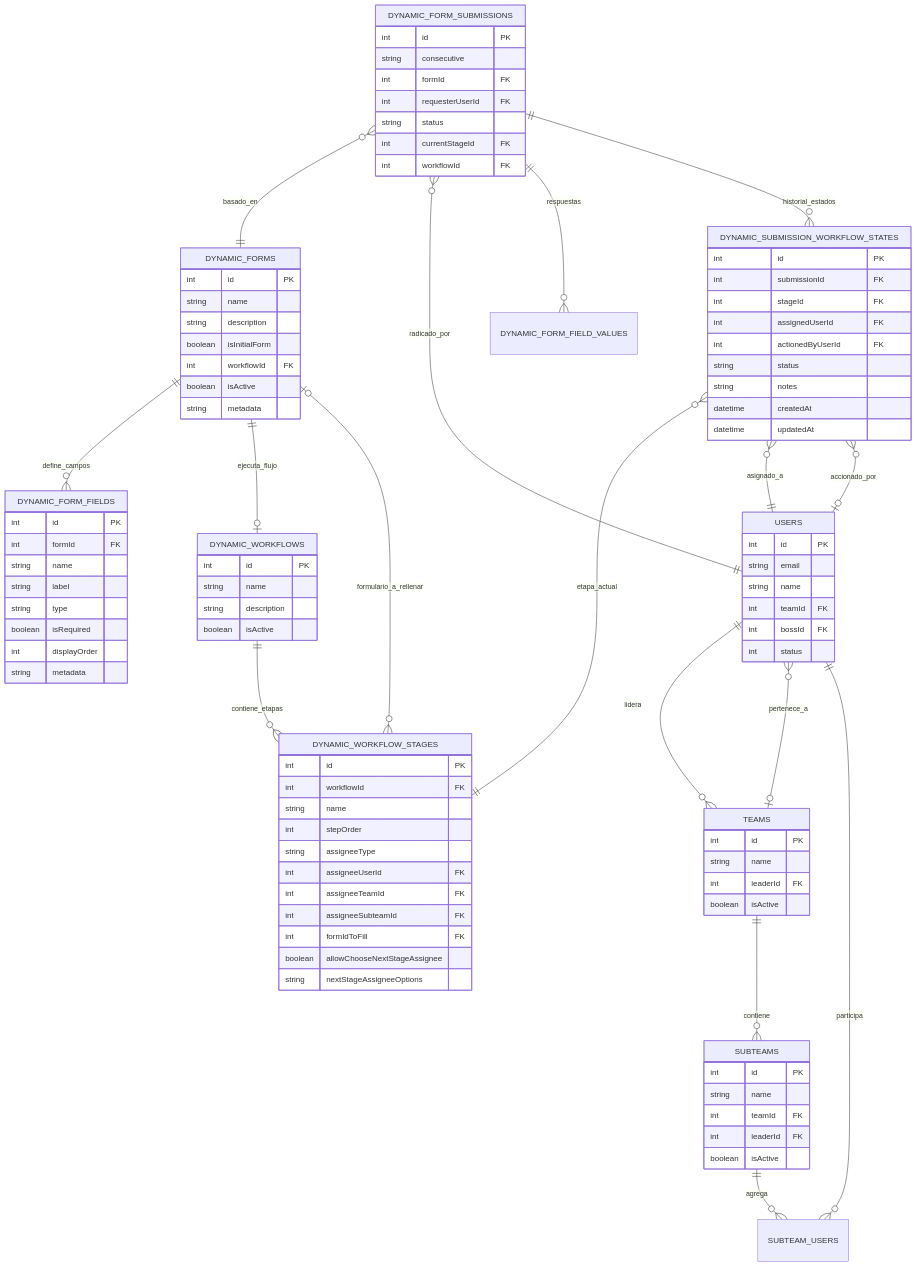
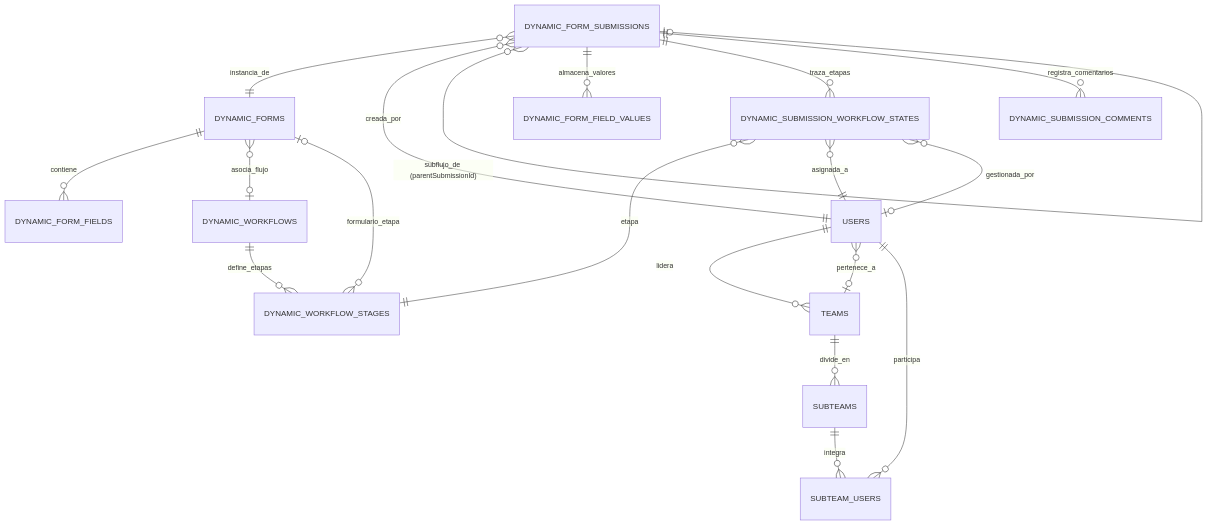
The second of 5 diagrams in README.md (RDiaZ-2025/front-conciliaciones), drawn with Mermaid before and after one commit. The commit also changed other lines of this file, not shown here.

````diff
--- a/README.md
+++ b/README.md
@@ -259,110 +520,23 @@
 erDiagram
     USERS ||--o{ TEAMS : "lidera"
     USERS }o--o| TEAMS : "pertenece_a"
-    TEAMS ||--o{ SUBTEAMS : "contiene"
-    SUBTEAMS ||--o{ SUBTEAM_USERS : "agrega"
+    TEAMS ||--o{ SUBTEAMS : "divide_en"
+    SUBTEAMS ||--o{ SUBTEAM_USERS : "integra"
     USERS ||--o{ SUBTEAM_USERS : "participa"
 
-    DYNAMIC_FORMS ||--o{ DYNAMIC_FORM_FIELDS : "define_campos"
-    DYNAMIC_FORMS ||--o| DYNAMIC_WORKFLOWS : "ejecuta_flujo"
-    
-    DYNAMIC_WORKFLOWS ||--o{ DYNAMIC_WORKFLOW_STAGES : "contiene_etapas"
-    DYNAMIC_WORKFLOW_STAGES }o--o| DYNAMIC_FORMS : "formulario_a_rellenar"
+    DYNAMIC_FORMS ||--o{ DYNAMIC_FORM_FIELDS : "contiene"
+    DYNAMIC_FORMS }o--o| DYNAMIC_WORKFLOWS : "asocia_flujo"
+    DYNAMIC_WORKFLOWS ||--o{ DYNAMIC_WORKFLOW_STAGES : "define_etapas"
+    DYNAMIC_WORKFLOW_STAGES }o--o| DYNAMIC_FORMS : "formulario_etapa"
 
-    DYNAMIC_FORM_SUBMISSIONS }o--|| DYNAMIC_FORMS : "basado_en"
-    DYNAMIC_FORM_SUBMISSIONS }o--|| USERS : "radicado_por"
-    DYNAMIC_FORM_SUBMISSIONS ||--o{ DYNAMIC_FORM_FIELD_VALUES : "respuestas"
-    DYNAMIC_FORM_SUBMISSIONS ||--o{ DYNAMIC_SUBMISSION_WORKFLOW_STATES : "historial_estados"
+    DYNAMIC_FORM_SUBMISSIONS }o--|| DYNAMIC_FORMS : "instancia_de"
+    DYNAMIC_FORM_SUBMISSIONS }o--|| USERS : "creada_por"
+    DYNAMIC_FORM_SUBMISSIONS }o--o| DYNAMIC_FORM_SUBMISSIONS : "subflujo_de (parentSubmissionId)"
+    DYNAMIC_FORM_SUBMISSIONS ||--o{ DYNAMIC_FORM_FIELD_VALUES : "almacena_valores"
+    DYNAMIC_FORM_SUBMISSIONS ||--o{ DYNAMIC_SUBMISSION_WORKFLOW_STATES : "traza_etapas"
+    DYNAMIC_FORM_SUBMISSIONS ||--o{ DYNAMIC_SUBMISSION_COMMENTS : "registra_comentarios"
 
-    DYNAMIC_SUBMISSION_WORKFLOW_STATES }o--|| DYNAMIC_WORKFLOW_STAGES : "etapa_actual"
-    DYNAMIC_SUBMISSION_WORKFLOW_STATES }o--|| USERS : "asignado_a"
-    DYNAMIC_SUBMISSION_WORKFLOW_STATES }o--o| USERS : "accionado_por"
-
-    USERS {
-        int id PK
-        string email
-        string name
-        int teamId FK
-        int bossId FK
-        int status
-    }
-
-    TEAMS {
-        int id PK
-        string name
-        int leaderId FK
-        boolean isActive
-    }
-
-    SUBTEAMS {
-        int id PK
-        string name
-        int teamId FK
-        int leaderId FK
-        boolean isActive
-    }
-
-    DYNAMIC_FORMS {
-        int id PK
-        string name
-        string description
-        boolean isInitialForm
-        int workflowId FK
-        boolean isActive
-        string metadata
-    }
-
-    DYNAMIC_FORM_FIELDS {
-        int id PK
-        int formId FK
-        string name
-        string label
-        string type
-        boolean isRequired
-        int displayOrder
-        string metadata
-    }
-
-    DYNAMIC_WORKFLOWS {
-        int id PK
-        string name
-        string description
-        boolean isActive
-    }
-
-    DYNAMIC_WORKFLOW_STAGES {
-        int id PK
-        int workflowId FK
-        string name
-        int stepOrder
-        string assigneeType
-        int assigneeUserId FK
-        int assigneeTeamId FK
-        int assigneeSubteamId FK
-        int formIdToFill FK
-        boolean allowChooseNextStageAssignee
-        string nextStageAssigneeOptions
-    }
-
-    DYNAMIC_FORM_SUBMISSIONS {
-        int id PK
-        string consecutive
-        int formId FK
-        int requesterUserId FK
-        string status
-        int currentStageId FK
-        int workflowId FK
-    }
-
-    DYNAMIC_SUBMISSION_WORKFLOW_STATES {
-        int id PK
-        int submissionId FK
-        int stageId FK
-        int assignedUserId FK
-        int actionedByUserId FK
-        string status
-        string notes
-        datetime createdAt
-        datetime updatedAt
-    }
+    DYNAMIC_SUBMISSION_WORKFLOW_STATES }o--|| DYNAMIC_WORKFLOW_STAGES : "etapa"
+    DYNAMIC_SUBMISSION_WORKFLOW_STATES }o--|| USERS : "asignada_a"
+    DYNAMIC_SUBMISSION_WORKFLOW_STATES }o--o| USERS : "gestionada_por"
 ```
````
